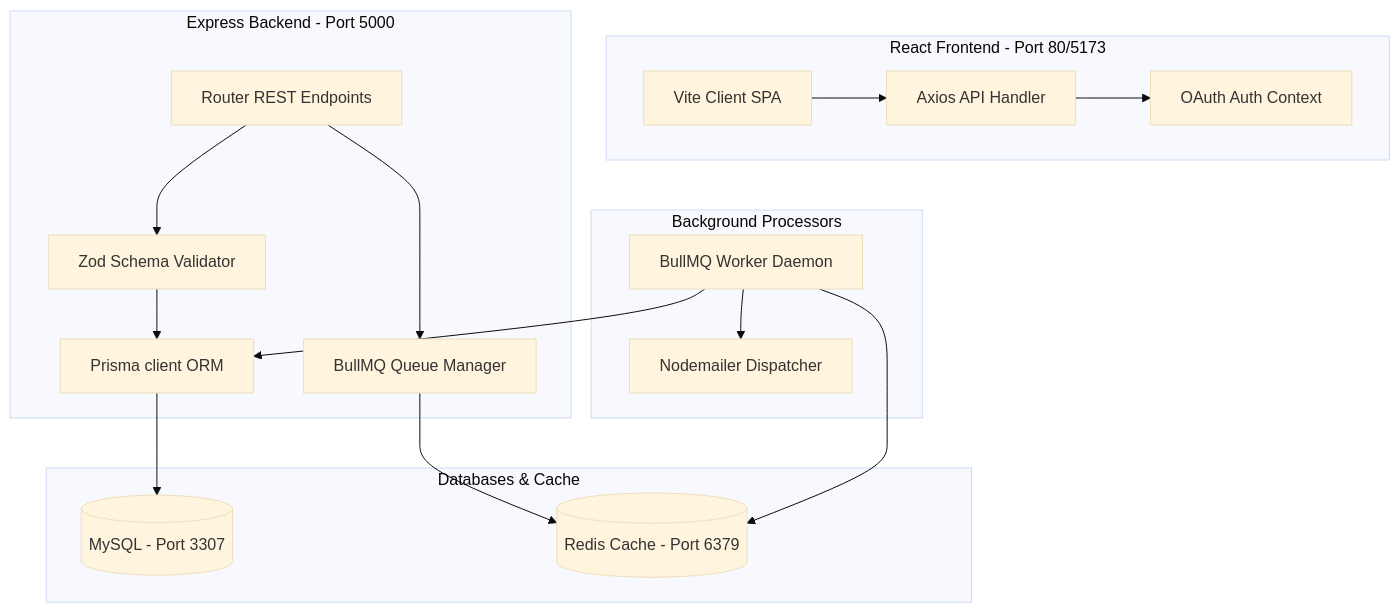
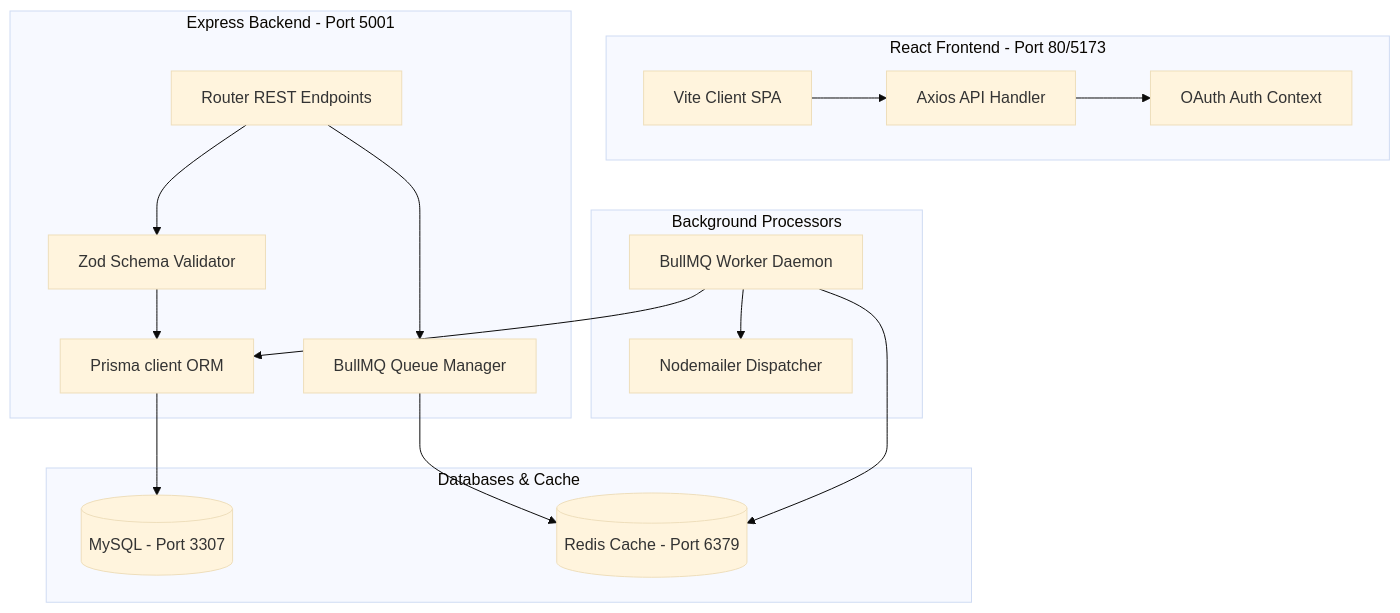
One commit to janu-19/ReachInbox changed the diagram in README.md. Above: the diagram before and after it, drawn with Mermaid (base theme). The commit also changed other lines of this file and 12 other files, not shown here.

````diff
--- a/README.md
+++ b/README.md
@@ -11,24 +11,24 @@
 ```mermaid
 flowchart TD
     subgraph Client [React Frontend - Port 80/5173]
         A[Vite Client SPA] --> B[Axios API Handler]
         B --> C[OAuth Auth Context]
     end
 
-    subgraph Server [Express Backend - Port 5000]
+    subgraph Server [Express Backend - Port 5001]
         D[Router REST Endpoints] --> E[Zod Schema Validator]
         E --> F[Prisma client ORM]
         D --> G[BullMQ Queue Manager]
     end
 
     subgraph Storage [Databases & Cache]
         F --> H[(MySQL - Port 3307)]
         G --> I[(Redis Cache - Port 6379)]
     end
 
     subgraph Worker [Background Processors]
         J[BullMQ Worker Daemon] --> I
         J --> F
         J --> K[Nodemailer Dispatcher]
     end
 ```
````
